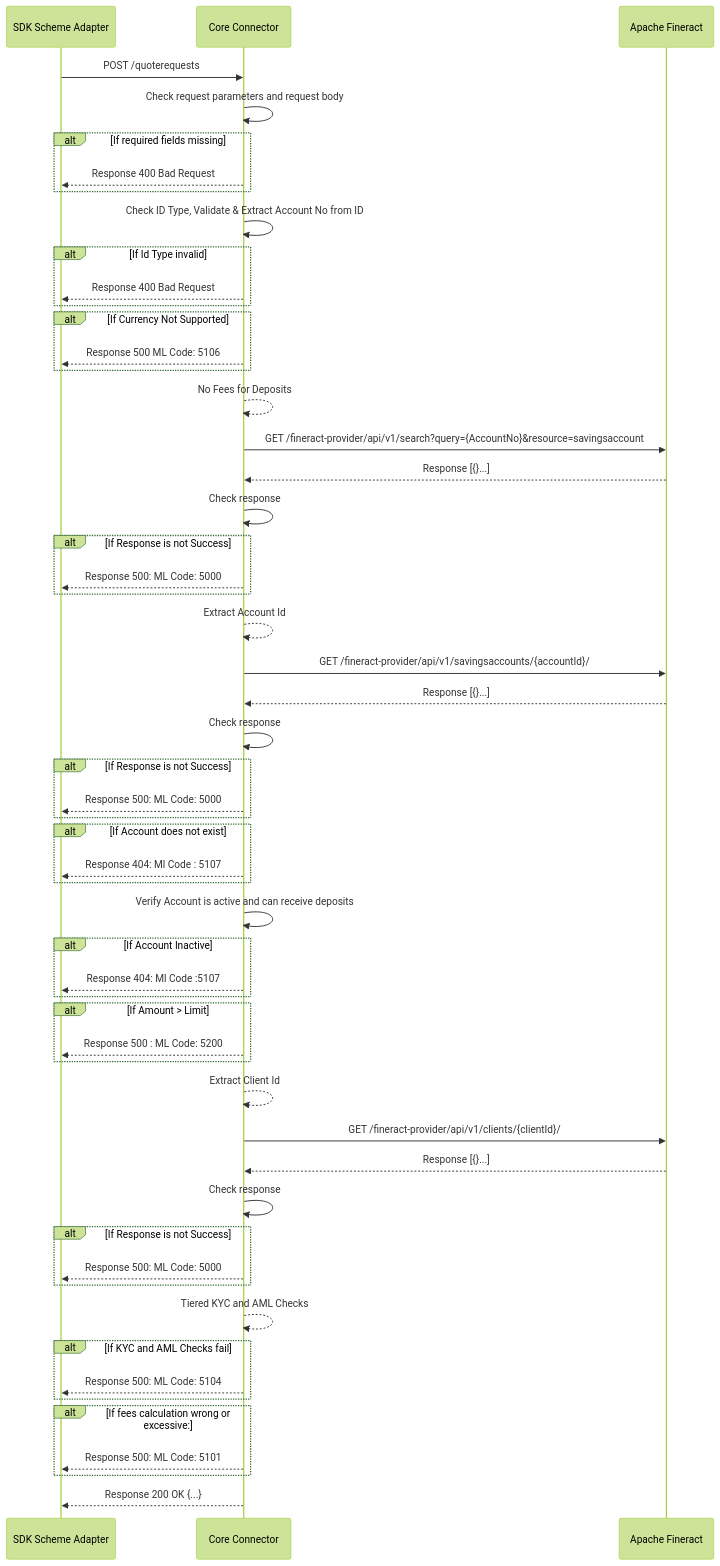
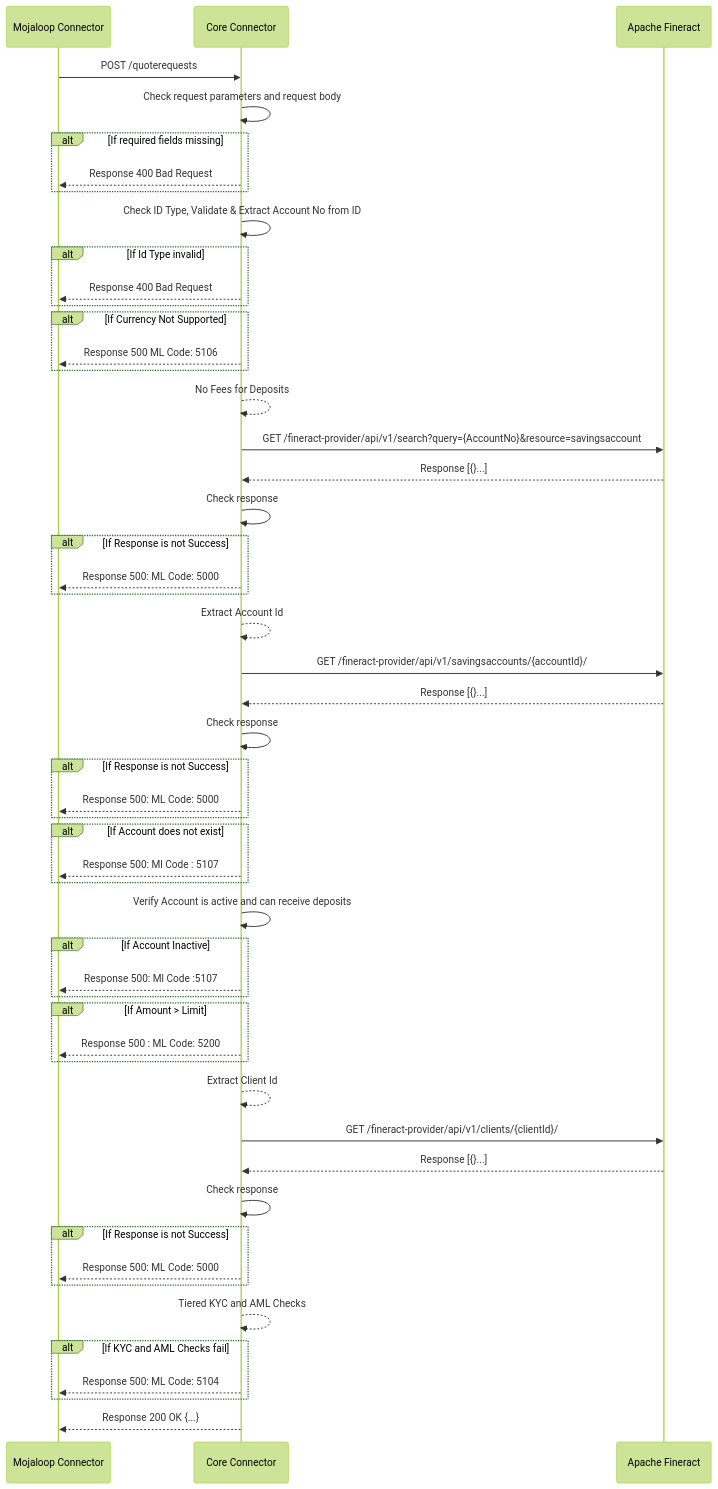
Before and after one commit to mojaloop/mifos-core-connector-docs: the diagram in docs/PayeeQuoteRequest.md, drawn with Mermaid (forest theme). The commit also changed 3 other files, not shown here.

Commit message:
chore: rename sdk to mojaloop connector and refine sequences

````diff
--- a/docs/PayeeQuoteRequest.md
+++ b/docs/PayeeQuoteRequest.md
@@ -3,54 +3,51 @@
 ```mermaid
 sequenceDiagram
-    SDK Scheme Adapter->>Core Connector: POST /quoterequests
+    Mojaloop Connector->>Core Connector: POST /quoterequests
     Core Connector ->> Core Connector: Check request parameters and request body
     Alt If required fields missing
-    Core Connector-->>SDK Scheme Adapter: Response 400 Bad Request
+    Core Connector-->>Mojaloop Connector: Response 400 Bad Request
     End
     Core Connector->>Core Connector: Check ID Type, Validate & Extract Account No from ID
     Alt If Id Type invalid
-    Core Connector-->>SDK Scheme Adapter: Response 400 Bad Request
+    Core Connector-->>Mojaloop Connector: Response 400 Bad Request
     End
     Alt If Currency Not Supported
-    Core Connector -->> SDK Scheme Adapter: Response 500 ML Code: 5106
+    Core Connector -->> Mojaloop Connector: Response 500 ML Code: 5106
     End
     Core Connector-->>Core Connector: No Fees for Deposits
     Core Connector->>Apache Fineract: GET /fineract-provider/api/v1/search?query={AccountNo}&resource=savingsaccount
     Apache Fineract-->>Core Connector: Response [{}...]
     Core Connector ->> Core Connector: Check response
     Alt If Response is not Success
-    Core Connector -->> SDK Scheme Adapter: Response 500: ML Code: 5000
+    Core Connector -->> Mojaloop Connector: Response 500: ML Code: 5000
     End
     Core Connector-->>Core Connector: Extract Account Id
     Core Connector->>Apache Fineract: GET /fineract-provider/api/v1/savingsaccounts/{accountId}/
     Apache Fineract-->>Core Connector: Response [{}...]
     Core Connector ->> Core Connector: Check response
     Alt If Response is not Success
-    Core Connector -->> SDK Scheme Adapter: Response 500: ML Code: 5000
+    Core Connector -->> Mojaloop Connector: Response 500: ML Code: 5000
     End
     Alt If Account does not exist
-    Core Connector -->> SDK Scheme Adapter: Response 404: Ml Code : 5107
+    Core Connector -->> Mojaloop Connector: Response 500: Ml Code : 5107
     End 
     Core Connector->>Core Connector: Verify Account is active and can receive deposits
     Alt If Account Inactive
-    Core Connector -->> SDK Scheme Adapter: Response 404: Ml Code :5107
+    Core Connector -->> Mojaloop Connector: Response 500: Ml Code :5107
     End
     Alt If Amount > Limit
-    Core Connector -->> SDK Scheme Adapter: Response 500 : ML Code: 5200
+    Core Connector -->> Mojaloop Connector: Response 500 : ML Code: 5200
     End
     Core Connector-->>Core Connector: Extract Client Id
     Core Connector->>Apache Fineract: GET /fineract-provider/api/v1/clients/{clientId}/
     Apache Fineract-->>Core Connector: Response [{}...]
     Core Connector ->> Core Connector: Check response
     Alt If Response is not Success
-    Core Connector -->> SDK Scheme Adapter: Response 500: ML Code: 5000
+    Core Connector -->> Mojaloop Connector: Response 500: ML Code: 5000
     End 
     Core Connector-->>Core Connector: Tiered KYC and AML Checks 
     Alt If KYC and AML Checks fail
-    Core Connector-->> SDK Scheme Adapter: Response 500: ML Code: 5104
+    Core Connector-->> Mojaloop Connector: Response 500: ML Code: 5104
     End
-    Alt If fees calculation wrong or excessive:
-    Core Connector-->> SDK Scheme Adapter: Response 500: ML Code: 5101
-    End
-    Core Connector-->>SDK Scheme Adapter: Response 200 OK {...}
+    Core Connector-->>Mojaloop Connector: Response 200 OK {...}
 ```
````
